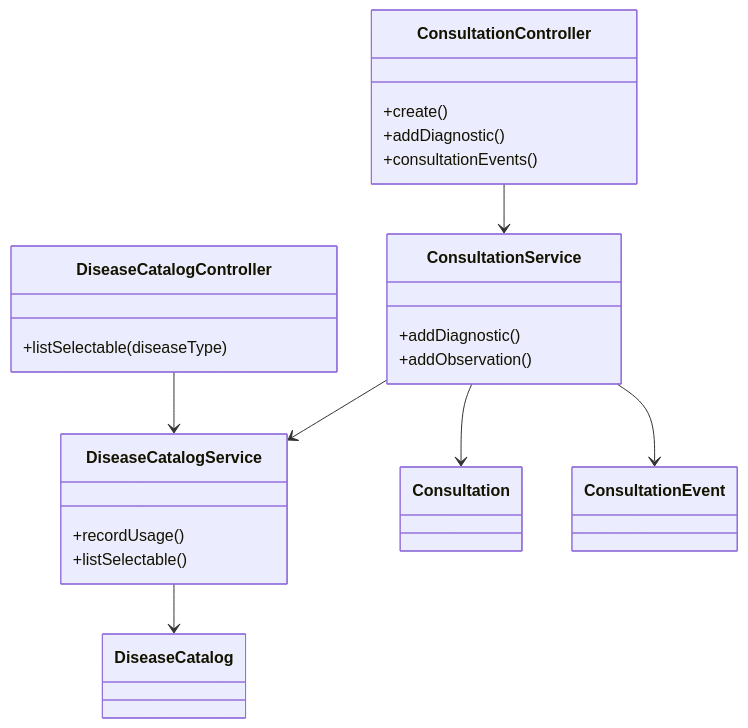
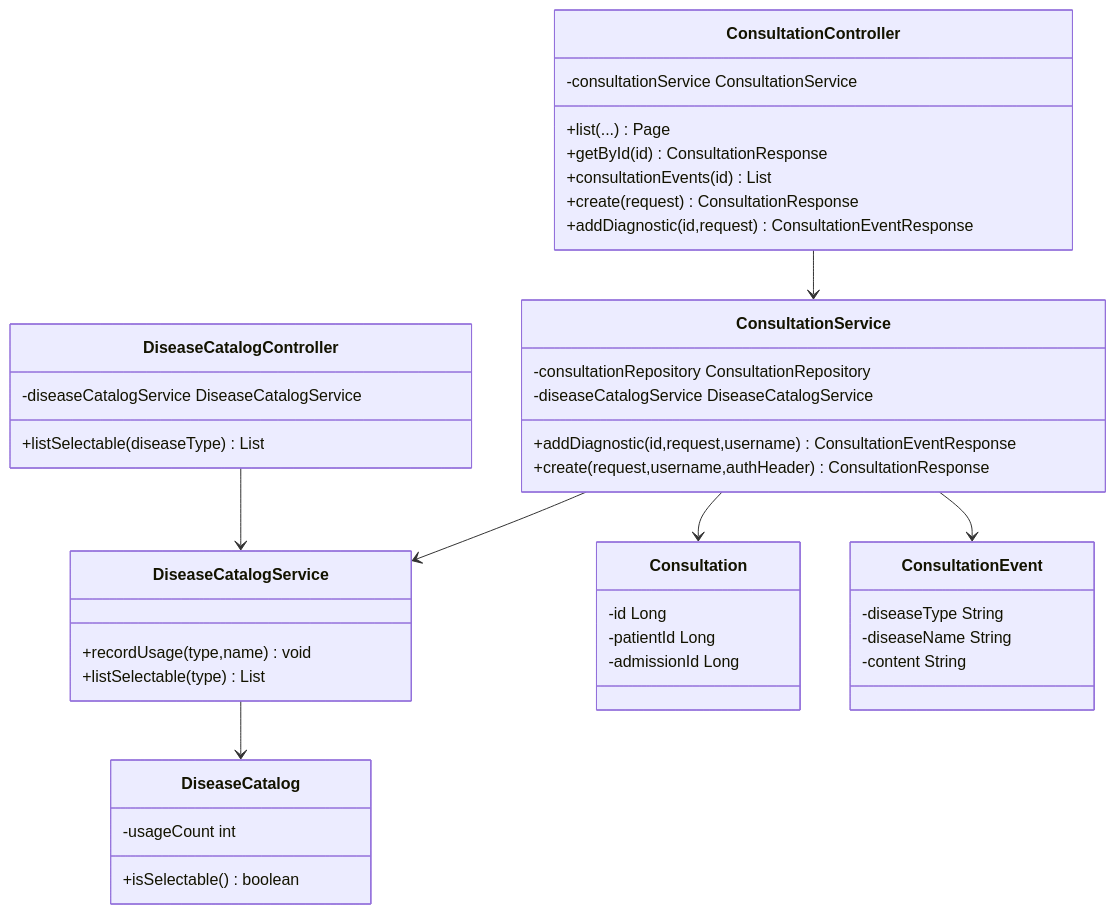
One commit to MechackKasongo/afya changed diagram 13 of 13 in docs/DIAGRAMMES_UML.md. Above: the diagram before and after it, drawn with Mermaid. The commit also changed other lines of this file and 11 other files, not shown here.

Commit message:
docs: diagrammes UML avec attributs et méthodes

````diff
--- a/docs/DIAGRAMMES_UML.md
+++ b/docs/DIAGRAMMES_UML.md
@@ -800,29 +802,46 @@
 ```mermaid
 classDiagram
   direction TB
   class ConsultationController {
-    +create()
-    +addDiagnostic()
-    +consultationEvents()
+    -consultationService ConsultationService
+    +list(...) Page
+    +getById(id) ConsultationResponse
+    +consultationEvents(id) List
+    +create(request) ConsultationResponse
+    +addDiagnostic(id,request) ConsultationEventResponse
   }
   class DiseaseCatalogController {
-    +listSelectable(diseaseType)
+    -diseaseCatalogService DiseaseCatalogService
+    +listSelectable(diseaseType) List
   }
   class ConsultationService {
-    +addDiagnostic()
-    +addObservation()
+    -consultationRepository ConsultationRepository
+    -diseaseCatalogService DiseaseCatalogService
+    +addDiagnostic(id,request,username) ConsultationEventResponse
+    +create(request,username,authHeader) ConsultationResponse
   }
   class DiseaseCatalogService {
-    +recordUsage()
-    +listSelectable()
+    +recordUsage(type,name) void
+    +listSelectable(type) List
   }
-  class Consultation
-  class ConsultationEvent
-  class DiseaseCatalog
+  class Consultation {
+    -id Long
+    -patientId Long
+    -admissionId Long
+  }
+  class ConsultationEvent {
+    -diseaseType String
+    -diseaseName String
+    -content String
+  }
+  class DiseaseCatalog {
+    -usageCount int
+    +isSelectable() boolean
+  }
   ConsultationController --> ConsultationService
   DiseaseCatalogController --> DiseaseCatalogService
   ConsultationService --> DiseaseCatalogService
   ConsultationService --> Consultation
   ConsultationService --> ConsultationEvent
   DiseaseCatalogService --> DiseaseCatalog
 ```
````
